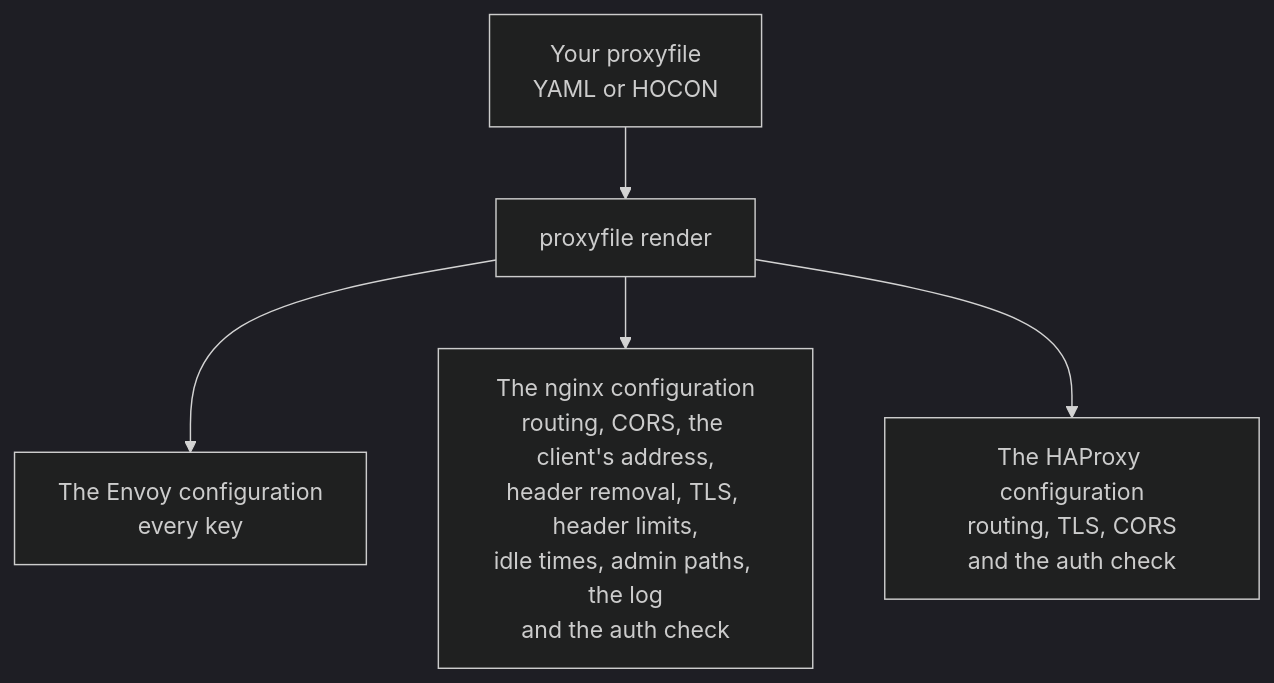
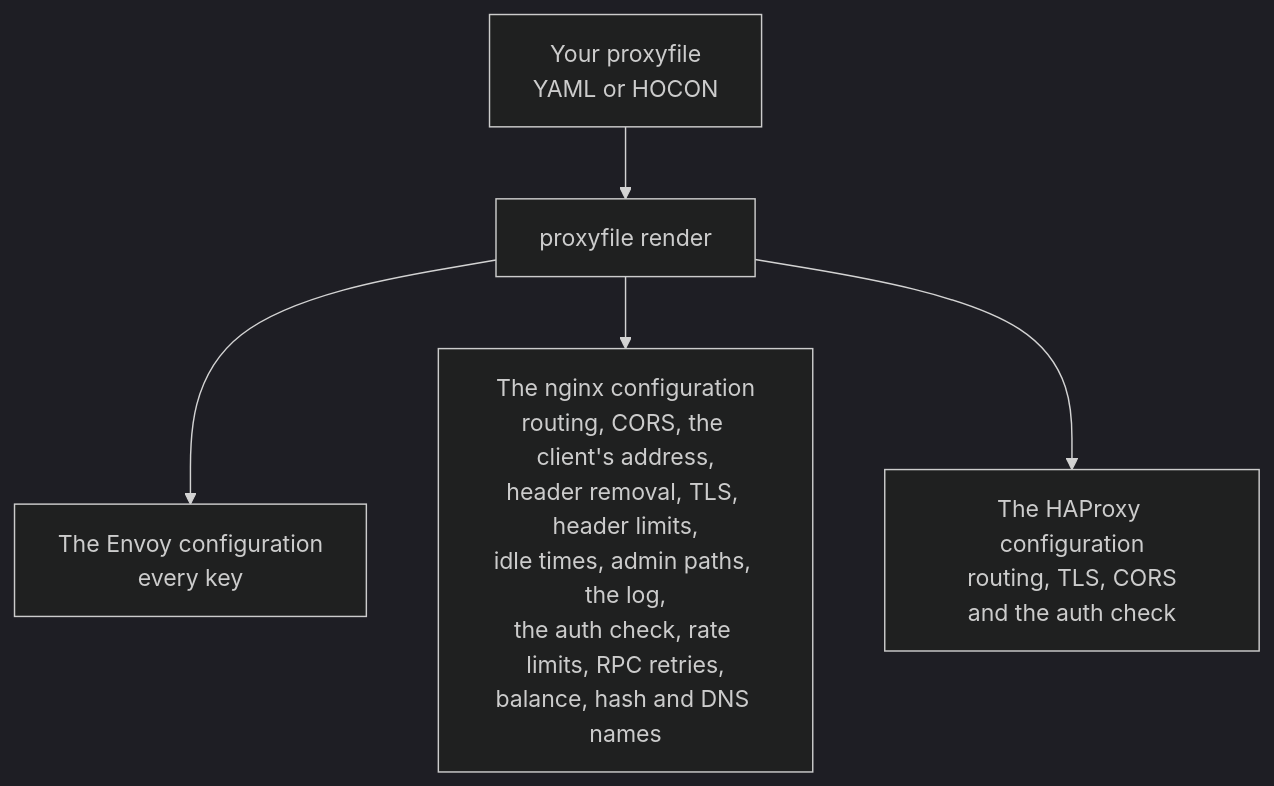
The first of 2 diagrams in README.md (kitecorp/proxyfile), drawn with Mermaid (dark theme) before and after one commit. The commit also changed other lines of this file and 72 other files, not shown here.

````diff
--- a/README.md
+++ b/README.md
@@ -18,7 +19,7 @@
 ```mermaid
 flowchart TB
     source["Your proxyfile<br/>YAML or HOCON"] --> render["proxyfile render"]
     render --> envoy["The Envoy configuration<br/>every key"]
-    render --> nginx["The nginx configuration<br/>routing, CORS, the client's address,<br/>header removal, TLS, header limits,<br/>idle times, admin paths, the log<br/>and the auth check"]
+    render --> nginx["The nginx configuration<br/>routing, CORS, the client's address,<br/>header removal, TLS, header limits,<br/>idle times, admin paths, the log,<br/>the auth check, rate limits, RPC retries,<br/>balance, hash and DNS names"]
     render --> haproxy["The HAProxy configuration<br/>routing, TLS, CORS<br/>and the auth check"]
 ```
````
